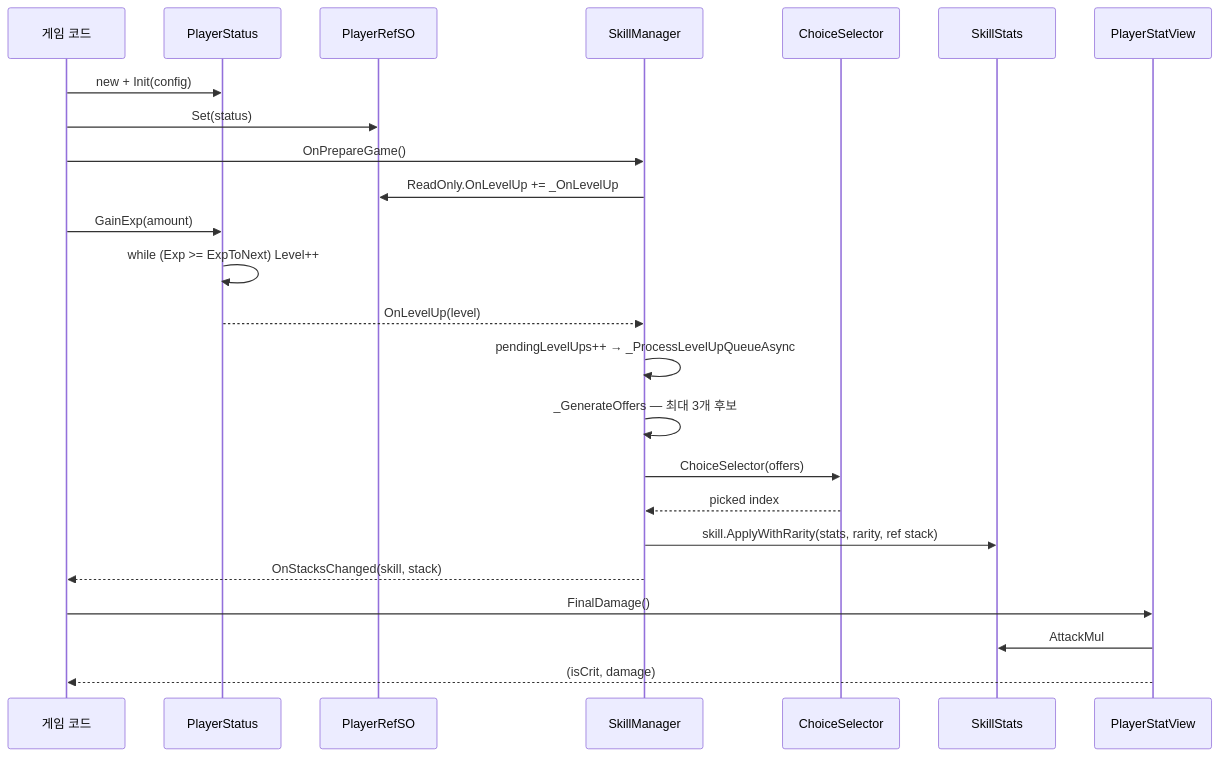
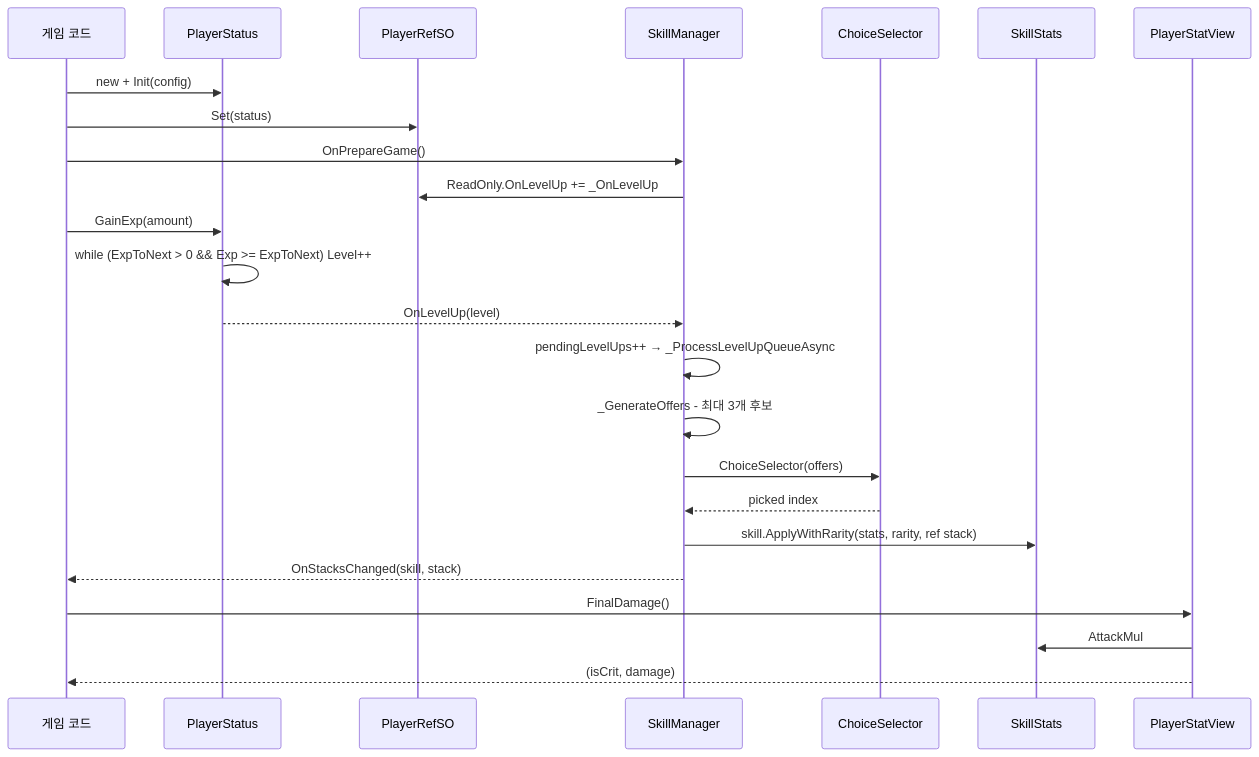
Before and after one commit to HoHong123/HCUP-Unity: the second of 2 diagrams in HGame/Runtime/README.md, drawn with Mermaid. The commit also changed other lines of this file, not shown here.

````diff
--- a/HGame/Runtime/README.md
+++ b/HGame/Runtime/README.md
@@ -223,27 +223,27 @@
 ```mermaid
 sequenceDiagram
     participant G as 게임 코드
     participant PS as PlayerStatus
     participant PR as PlayerRefSO
     participant SM as SkillManager
     participant UI as ChoiceSelector
     participant SS as SkillStats
     participant PV as PlayerStatView
 
     G->>PS: new + Init(config)
     G->>PR: Set(status)
     G->>SM: OnPrepareGame()
     SM->>PR: ReadOnly.OnLevelUp += _OnLevelUp
     G->>PS: GainExp(amount)
-    PS->>PS: while (Exp >= ExpToNext) Level++
+    PS->>PS: while (ExpToNext > 0 && Exp >= ExpToNext) Level++
     PS-->>SM: OnLevelUp(level)
     SM->>SM: pendingLevelUps++ → _ProcessLevelUpQueueAsync
-    SM->>SM: _GenerateOffers — 최대 3개 후보
+    SM->>SM: _GenerateOffers - 최대 3개 후보
     SM->>UI: ChoiceSelector(offers)
     UI-->>SM: picked index
     SM->>SS: skill.ApplyWithRarity(stats, rarity, ref stack)
     SM-->>G: OnStacksChanged(skill, stack)
     G->>PV: FinalDamage()
     PV->>SS: AttackMul
     PV-->>G: (isCrit, damage)
 ```
````
